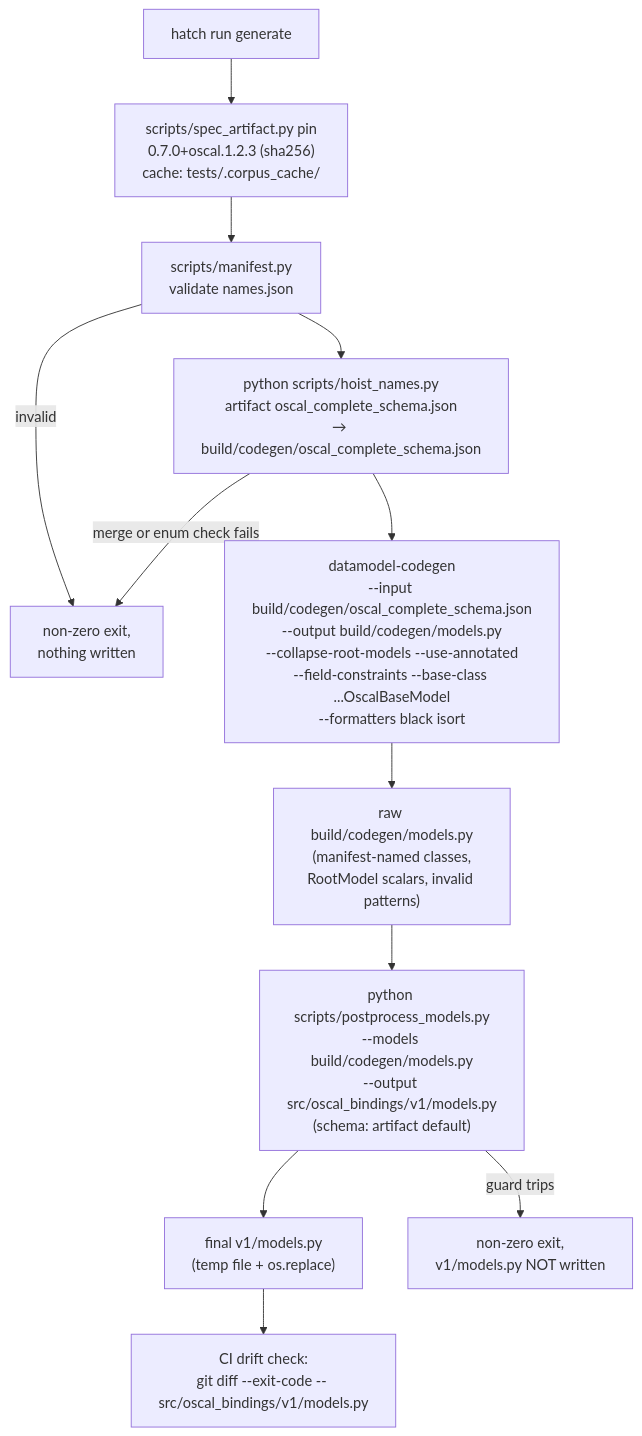
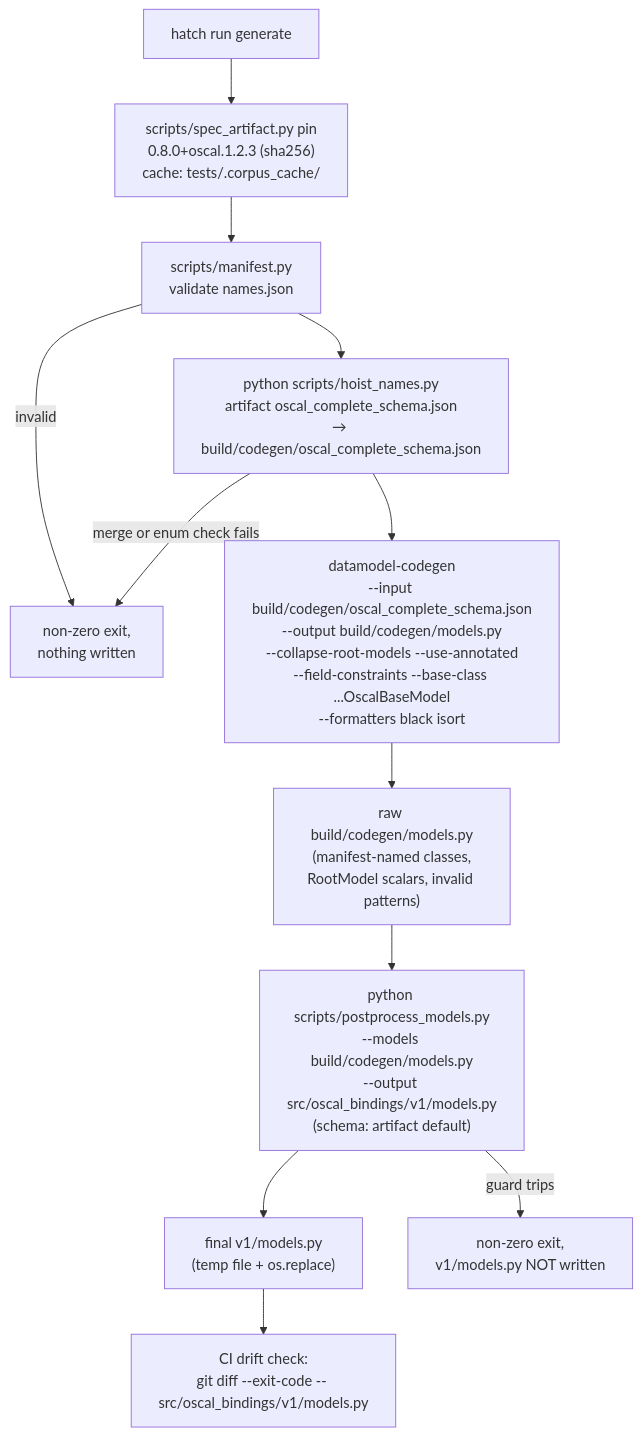
Before and after one commit to cairn-proofs/oscal-bindings-python: the first of 7 diagrams in .agents/summary/workflows.md, drawn with Mermaid. The commit also changed 11 other files, not shown here.

First line of the commit message:
chore: move the spec pin to v0.8.0+oscal.1.2.3 (#70)

````diff
--- a/.agents/summary/workflows.md
+++ b/.agents/summary/workflows.md
@@ -8,14 +8,14 @@
 ```mermaid
 flowchart TD
-    A["hatch run generate"] --> P["scripts/spec_artifact.py pin<br/>0.7.0+oscal.1.2.3 (sha256)<br/>cache: tests/.corpus_cache/"]
+    A["hatch run generate"] --> P["scripts/spec_artifact.py pin<br/>0.8.0+oscal.1.2.3 (sha256)<br/>cache: tests/.corpus_cache/"]
     P --> M["scripts/manifest.py<br/>validate names.json"]
     M -->|"invalid"| X["non-zero exit,<br/>nothing written"]
     M --> H["python scripts/hoist_names.py<br/>artifact oscal_complete_schema.json<br/>→ build/codegen/oscal_complete_schema.json"]
     H -->|"merge or enum check fails"| X
     H --> B["datamodel-codegen<br/>--input build/codegen/oscal_complete_schema.json<br/>--output build/codegen/models.py<br/>--collapse-root-models --use-annotated<br/>--field-constraints --base-class ...OscalBaseModel<br/>--formatters black isort"]
     B --> C["raw build/codegen/models.py<br/>(manifest-named classes,<br/>RootModel scalars, invalid patterns)"]
     C --> D["python scripts/postprocess_models.py<br/>--models build/codegen/models.py<br/>--output src/oscal_bindings/v1/models.py<br/>(schema: artifact default)"]
     D --> E["final v1/models.py<br/>(temp file + os.replace)"]
     E --> G["CI drift check:<br/>git diff --exit-code -- src/oscal_bindings/v1/models.py"]
     D -->|"guard trips"| F["non-zero exit,<br/>v1/models.py NOT written"]
 ```
````
